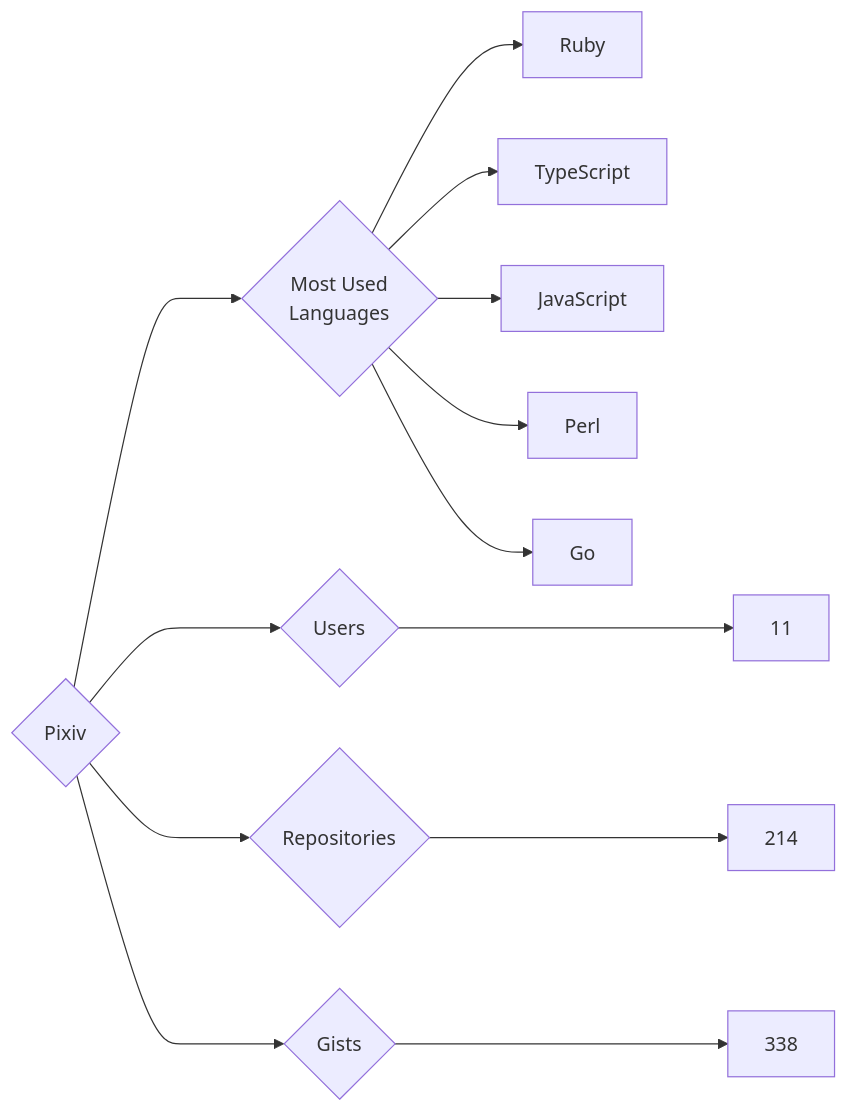
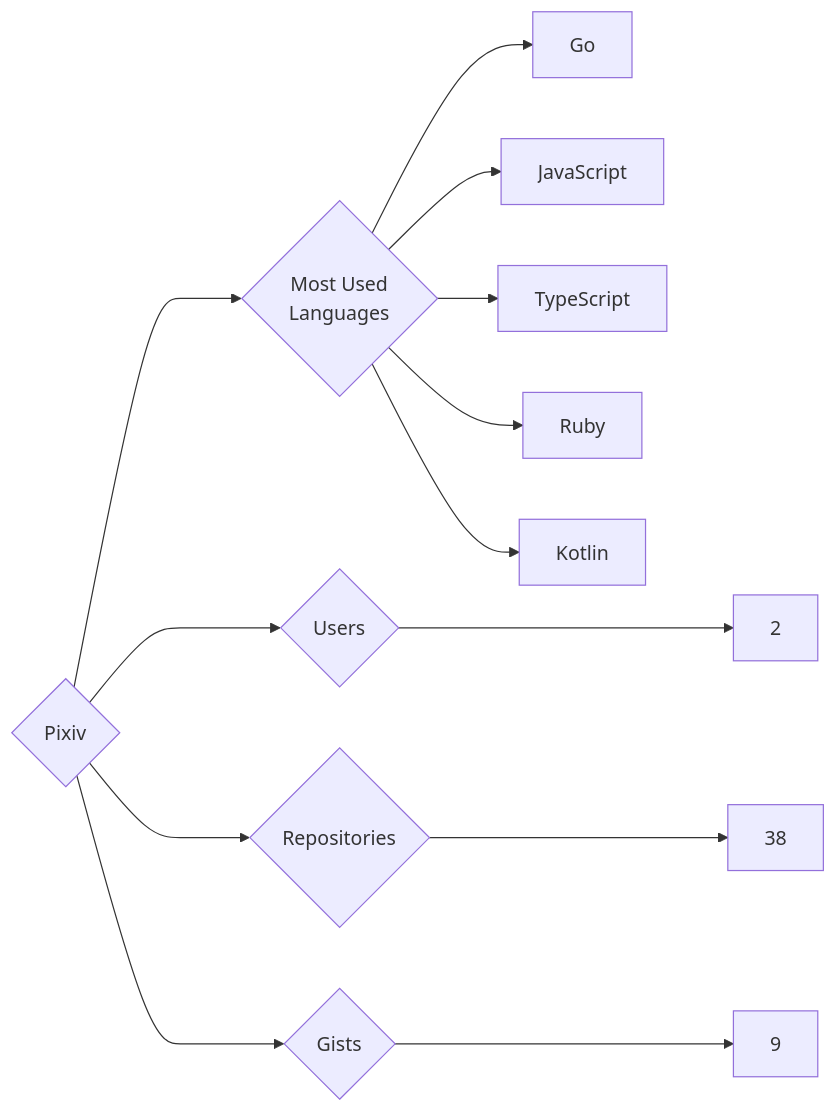
One commit to trickest/insiders changed the diagram in targets/Pixiv/README.md. Above: the diagram before and after it, drawn with Mermaid. The commit also changed 1508 other files, not shown here.

````diff
--- a/targets/Pixiv/README.md
+++ b/targets/Pixiv/README.md
@@ -3,13 +3,13 @@
 ```mermaid
 graph LR
 COMPANY_NAME{Pixiv}
-COMPANY_NAME ---> U{Users} ---> UN[11]
-COMPANY_NAME ---> R{Repositories} ---> RN[214]
-COMPANY_NAME ---> G{Gists} ---> GN[338]
+COMPANY_NAME ---> U{Users} ---> UN[2]
+COMPANY_NAME ---> R{Repositories} ---> RN[38]
+COMPANY_NAME ---> G{Gists} ---> GN[9]
 COMPANY_NAME ---> ML{Most Used<br>Languages}
+ML --> Go[Go]
+ML --> JavaScript[JavaScript]
+ML --> TypeScript[TypeScript]
 ML --> Ruby[Ruby]
-ML --> TypeScript[TypeScript]
-ML --> JavaScript[JavaScript]
-ML --> Perl[Perl]
-ML --> Go[Go]
+ML --> Kotlin[Kotlin]
 ```
````
